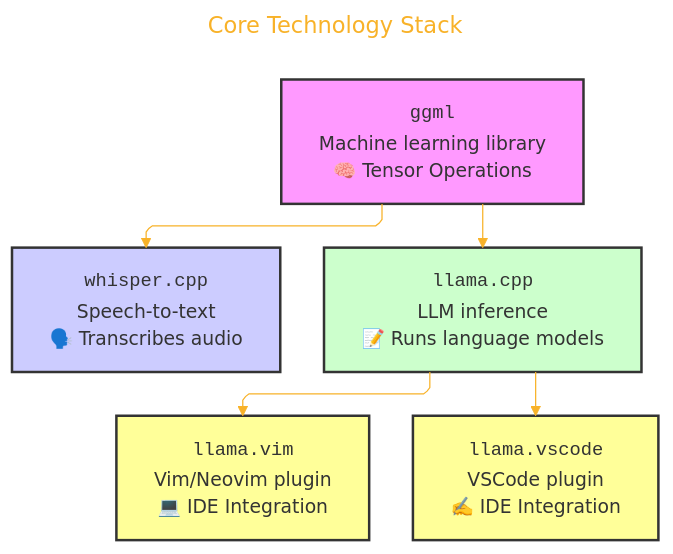
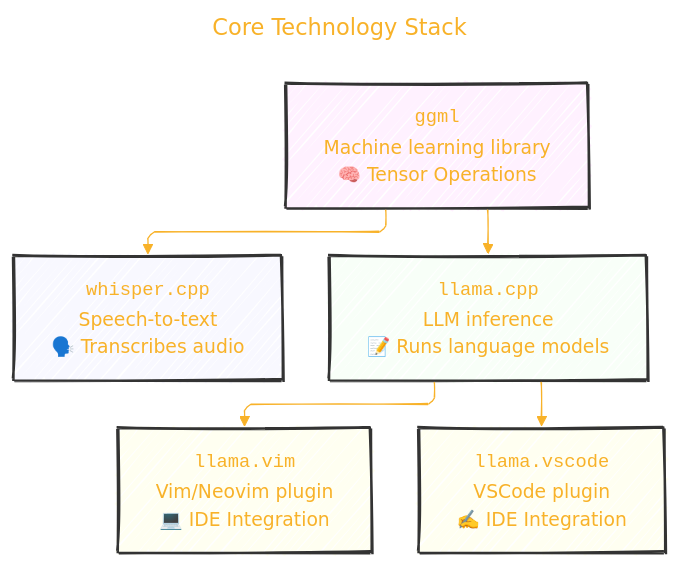
The first of 3 diagrams in GGML_ORG/AI_Tools_Architecture_Overview.md (CongLeSolutionX/Synthetic-Zooniverse), drawn with Mermaid before and after one commit.

Commit message:
update notes

````diff
--- a/GGML_ORG/AI_Tools_Architecture_Overview.md
+++ b/GGML_ORG/AI_Tools_Architecture_Overview.md
@@ -51,42 +51,43 @@
 ```mermaid
 ---
 title: "Core Technology Stack"
 author: "Cong Le"
 version: "1.0"
 license(s): "MIT, CC BY-SA 4.0"
 copyright: "Copyright (c) 2025 Cong Le. All Rights Reserved."
 config:
   layout: elk
   theme: base
+  look: handDrawn
 ---
 %%%%%%%% Mermaid version v11.4.1-b.14
 %%%%%%%% Available curve styles include the following keywords:
 %% basis, bumpX, bumpY, cardinal, catmullRom, linear, monotoneX, monotoneY, natural, step, stepAfter, stepBefore.
 %%{
   init: {
     'flowchart': { 'htmlLabels': true, 'curve': 'linear'},
     'fontFamily': 'Monaco',
     'themeVariables': {
       'primaryColor': '#22BB',
       'primaryTextColor': '#F8B229',
       'lineColor': '#F8B229',
       'primaryBorderColor': '#27AE60',
       'secondaryColor': '#EEF2',
       'secondaryTextColor': '#6C3483',
       'secondaryBorderColor': '#A569BD',
       'fontSize': '15px'
     }
   }
 }%%
 flowchart TD
     A["<code>ggml</code><br/>Machine learning library<br/>🧠 Tensor Operations"] --> B["<code>whisper.cpp</code><br/>Speech-to-text<br/>🗣️ Transcribes audio"]
     A --> C["<code>llama.cpp</code><br/>LLM inference<br/>📝 Runs language models"]
     C --> D["<code>llama.vim</code><br/>Vim/Neovim plugin<br/>💻 IDE Integration"]
     C --> E["<code>llama.vscode</code><br/>VSCode plugin<br/>✍️ IDE Integration"]
 
-    style A fill:#f9f,stroke:#333,stroke-width:2px,color:#333
-    style B fill:#ccf,stroke:#333,stroke-width:2px,color:#333
-    style C fill:#cfc,stroke:#333,stroke-width:2px,color:#333
-    style D fill:#ff9,stroke:#333,stroke-width:2px,color:#333
-    style E fill:#ff9,stroke:#333,stroke-width:2px,color:#333
+    style A fill:#f9f2,stroke:#333,stroke-width:2px
+    style B fill:#ccf2,stroke:#333,stroke-width:2px
+    style C fill:#cfc2,stroke:#333,stroke-width:2px
+    style D fill:#ff92,stroke:#333,stroke-width:2px
+    style E fill:#ff92,stroke:#333,stroke-width:2px
 ```
````
